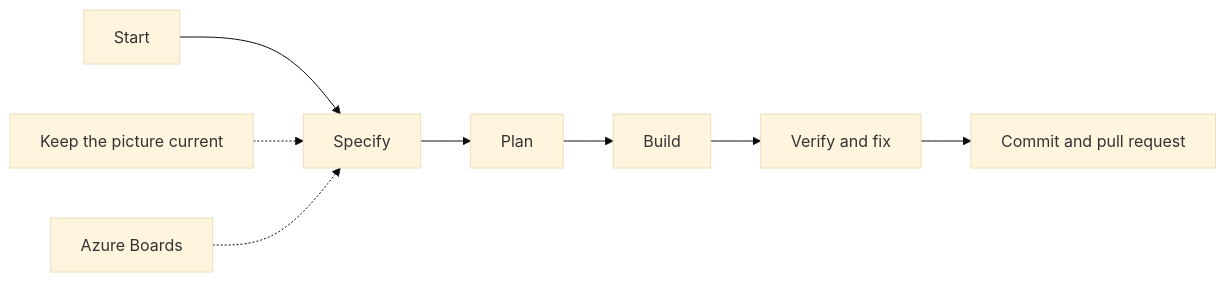
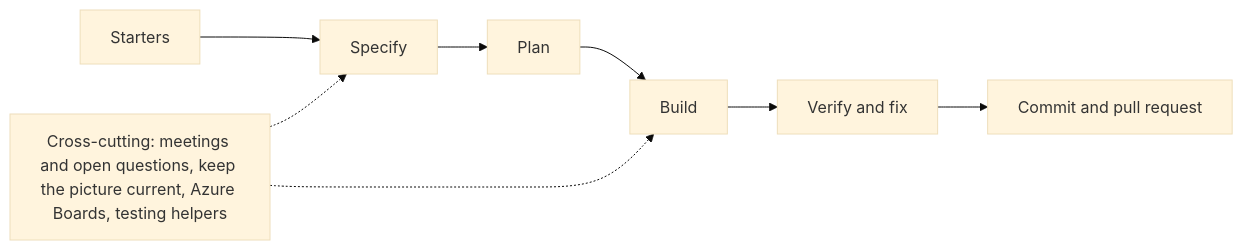
One commit to Crav1on/crav1-spec-kit changed the diagram in README.md. Above: the diagram before and after it, drawn with Mermaid (base theme). The commit also changed other lines of this file and 56 other files, not shown here.

````diff
--- a/README.md
+++ b/README.md
@@ -137,6 +41,6 @@
 ```mermaid
 flowchart LR
-  Start --> Specify --> Plan --> Build --> V[Verify and fix] --> C[Commit and pull request]
-  P[Keep the picture current] -.-> Specify
-  B[Azure Boards] -.-> Specify
+  S[Starters] --> Specify --> Plan --> Build --> V[Verify and fix] --> C[Commit and pull request]
+  X[Cross-cutting: meetings and open questions, keep the picture current, Azure Boards, testing helpers] -.-> Specify
+  X -.-> Build
 ```
````
